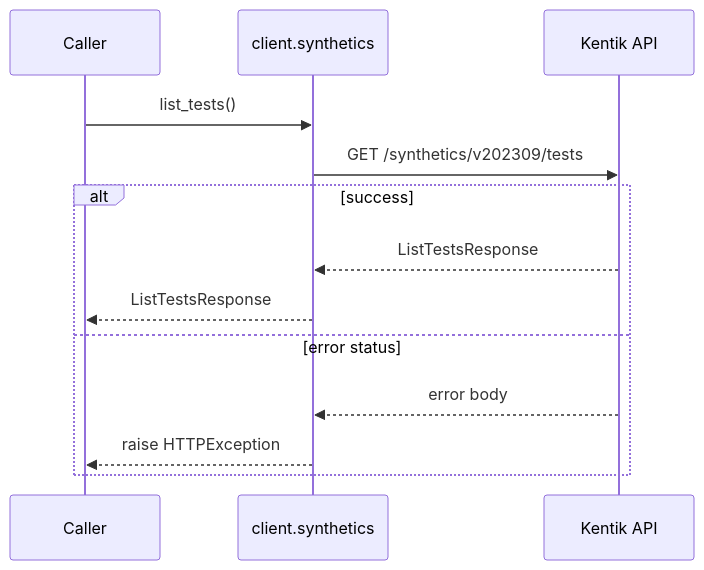
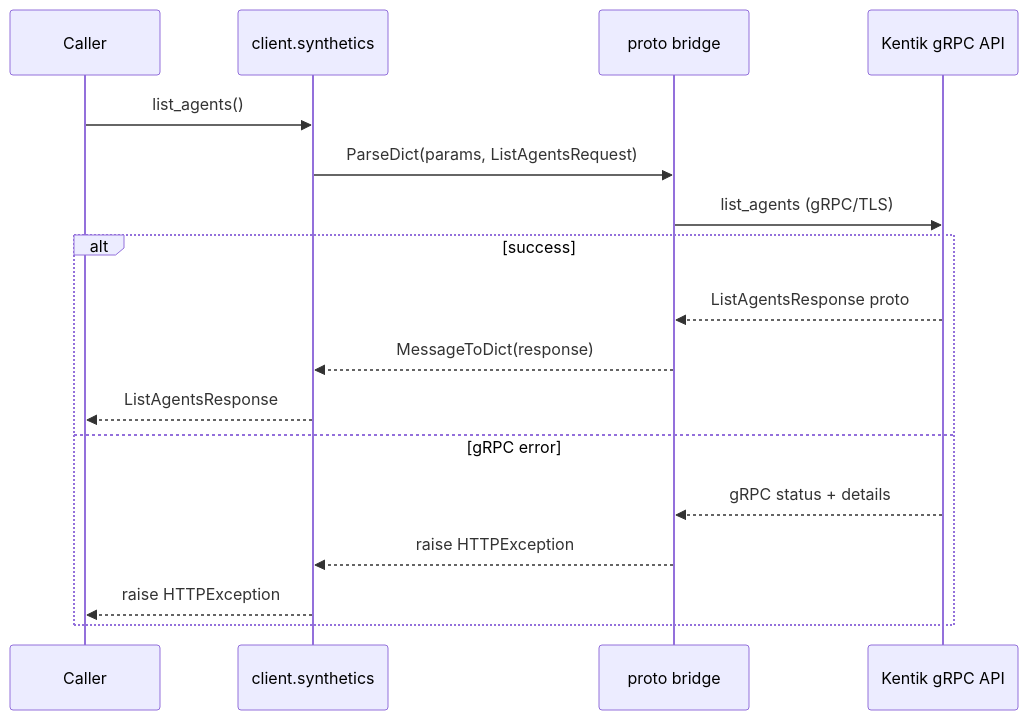
Before and after one commit to alexdearaujo/community_sdk_python: diagram 13 of 38 in docs/sphinx/services/synthetics.md, drawn with Mermaid. The commit also changed other lines of this file and 61 other files, not shown here.

````diff
--- a/docs/sphinx/services/synthetics.md
+++ b/docs/sphinx/services/synthetics.md
@@ -479,16 +431,20 @@
 ```mermaid
 sequenceDiagram
     participant C as Caller
     participant W as client.synthetics
-    participant API as Kentik API
+    participant B as proto bridge
+    participant API as Kentik gRPC API
 
-    C->>W: list_tests()
-    W->>API: GET /synthetics/v202309/tests
+    C->>W: list_agents()
+    W->>B: ParseDict(params, ListAgentsRequest)
+    B->>API: list_agents (gRPC/TLS)
     alt success
-        API-->>W: ListTestsResponse
-        W-->>C: ListTestsResponse
-    else error status
-        API-->>W: error body
+        API-->>B: ListAgentsResponse proto
+        B-->>W: MessageToDict(response)
+        W-->>C: ListAgentsResponse
+    else gRPC error
+        API-->>B: gRPC status + details
+        B-->>W: raise HTTPException
         W-->>C: raise HTTPException
     end
 ```
````
